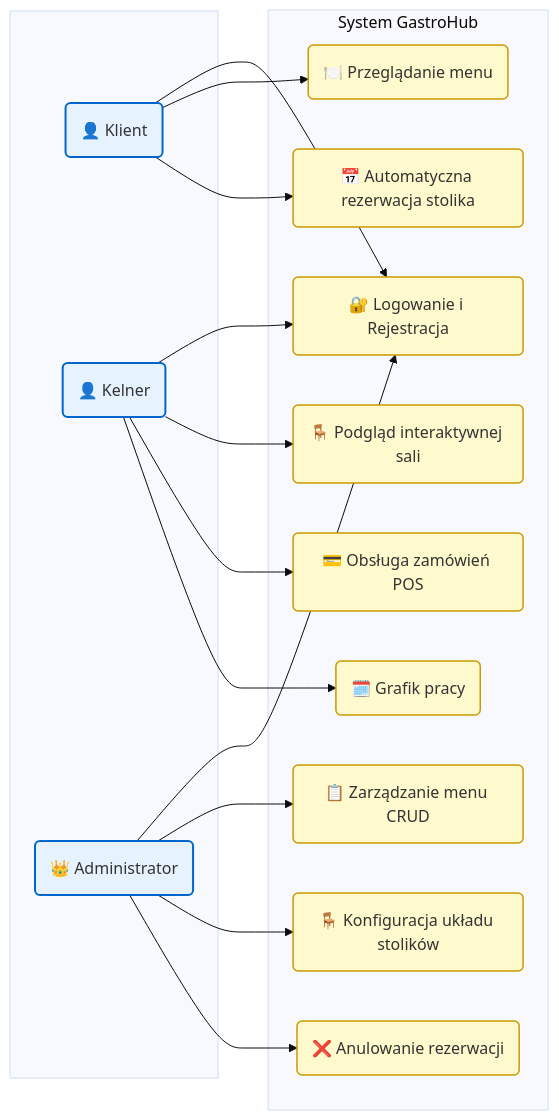
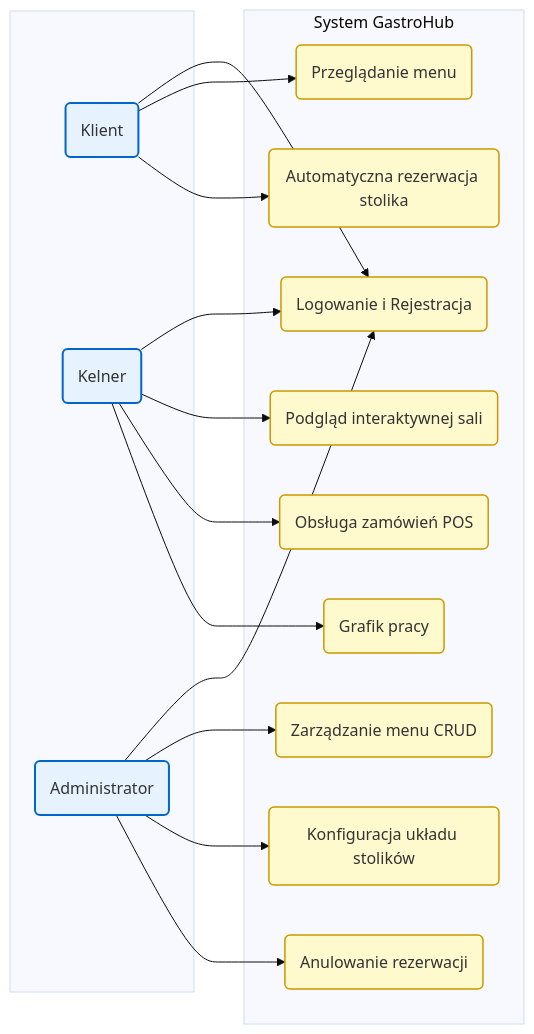
Before and after one commit to kacperszczudlo/GastroHub: the diagram in README.md, drawn with Mermaid (base theme). The commit also changed other lines of this file and 56 other files, not shown here.

````diff
--- a/README.md
+++ b/README.md
@@ -46,28 +46,28 @@
 ```mermaid
 flowchart LR
     subgraph " "
-        C("👤 Klient"):::actor
-        K("👤 Kelner"):::actor
-        A("👑 Administrator"):::actor
+        C("Klient"):::actor
+        K("Kelner"):::actor
+        A("Administrator"):::actor
     end
 
     subgraph "System GastroHub"
-        UC1("🔐 Logowanie i Rejestracja")
-        UC2("🍽️ Przeglądanie menu")
-        UC3("📅 Automatyczna rezerwacja stolika")
-        UC4("🪑 Podgląd interaktywnej sali")
-        UC5("💳 Obsługa zamówień POS")
-        UC6("🗓️ Grafik pracy")
-        UC7("📋 Zarządzanie menu CRUD")
-        UC8("🪑 Konfiguracja układu stolików")
-        UC9("❌ Anulowanie rezerwacji")
+        UC1("Logowanie i Rejestracja")
+        UC2("Przeglądanie menu")
+        UC3("Automatyczna rezerwacja stolika")
+        UC4("Podgląd interaktywnej sali")
+        UC5("Obsługa zamówień POS")
+        UC6("Grafik pracy")
+        UC7("Zarządzanie menu CRUD")
+        UC8("Konfiguracja układu stolików")
+        UC9("Anulowanie rezerwacji")
     end
 
     C --> UC1 & UC2 & UC3
     K --> UC1 & UC4 & UC5 & UC6
     A --> UC1 & UC7 & UC8 & UC9
 
     classDef actor fill:#e6f3ff,stroke:#0066cc,stroke-width:2px
     classDef usecase fill:#fffacd,stroke:#cc9900,stroke-width:1.5px
     class UC1,UC2,UC3,UC4,UC5,UC6,UC7,UC8,UC9 usecase
 ```
````
